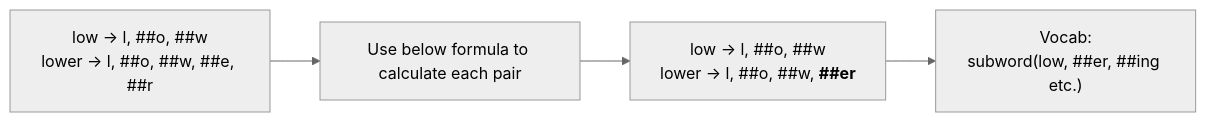
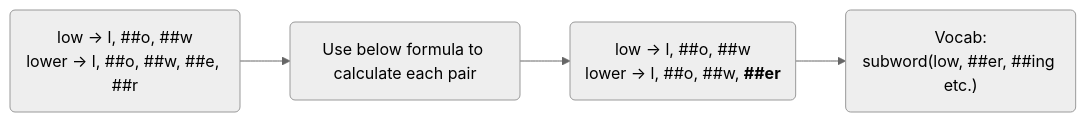
Diagram 11 of 16 in index.md (ChrisZhu2050/chriszhu2050.github.io), drawn with Mermaid (neutral theme) before and after one commit. The commit also changed other lines of this file, not shown here.

````diff
--- a/index.md
+++ b/index.md
@@ -319,8 +319,8 @@
         ```mermaid
             graph LR
-                A["`low → l, ##o, ##w
-                lower → l, ##o, ##w, ##e, ##r`"] --> B["Use below formula to calculate each pair"] --> C["`low → l, ##o, ##w
-                lower → l, ##o, ##w, **##er**`"] --> D["`Vocab:
+                A("`low → l, ##o, ##w
+                lower → l, ##o, ##w, ##e, ##r`") --> B("Use below formula to calculate each pair") --> C("`low → l, ##o, ##w
+                lower → l, ##o, ##w, **##er**`") --> D("`Vocab:
                 subword(low, ##er, ##ing etc.)
-                `"]
+                `")
           ```
````
